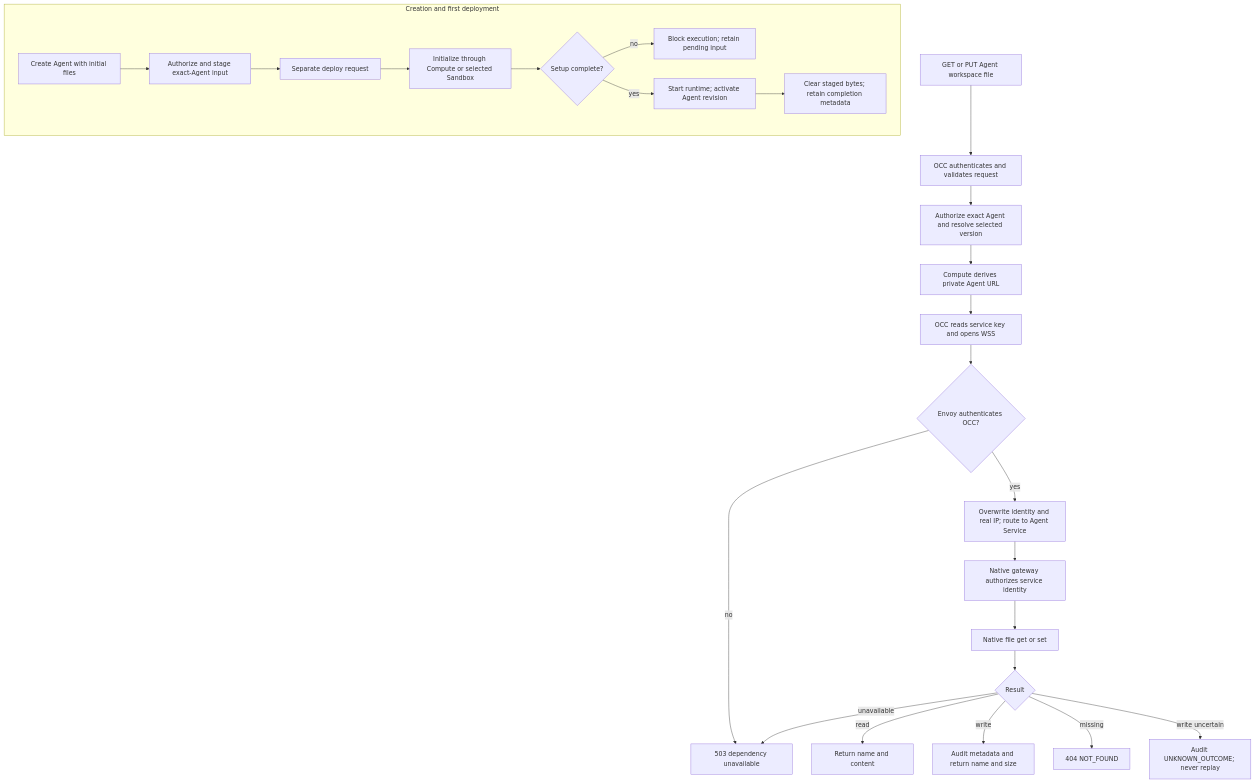
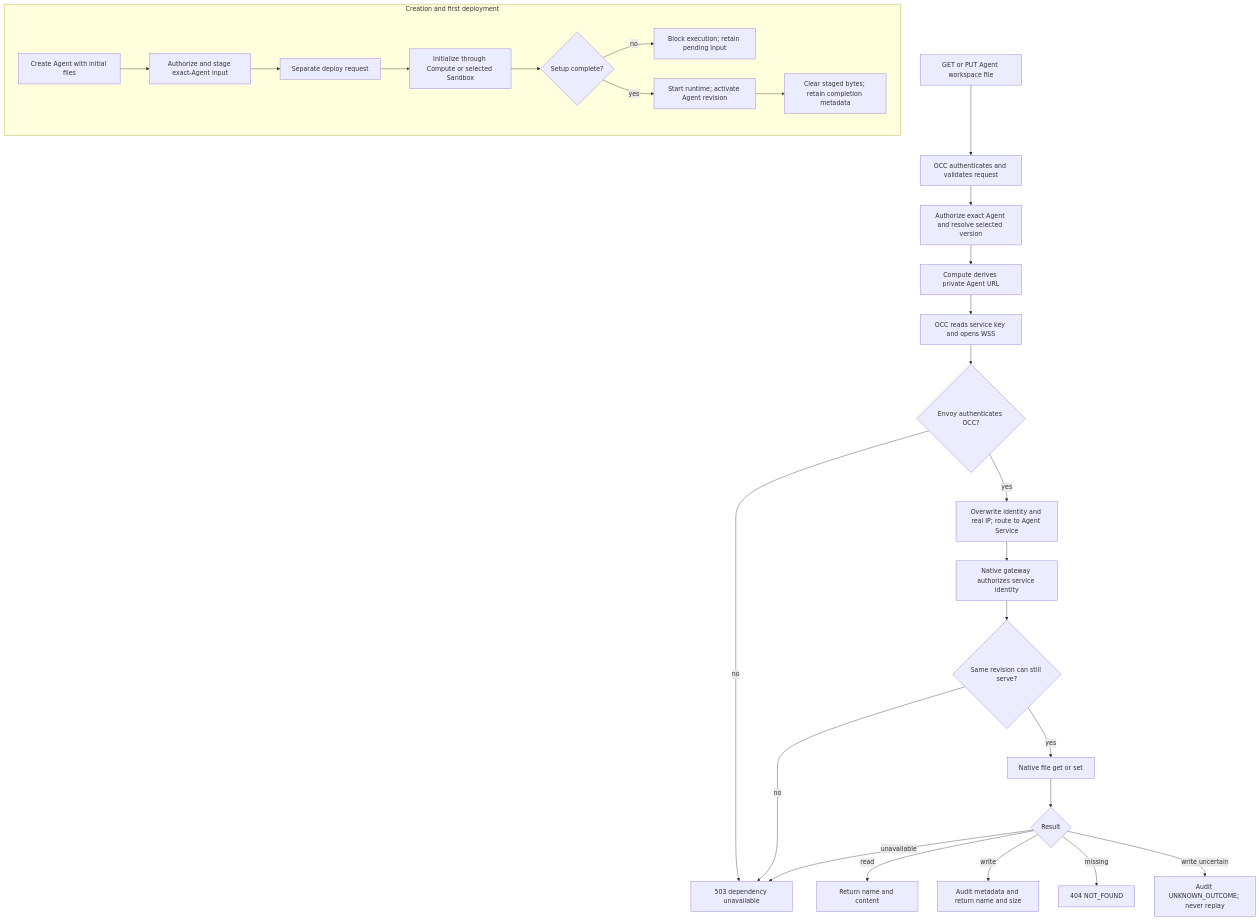
The diagram in docs/flows/workspace-files.md (openclaw/openclaw-enterprise), drawn with Mermaid before and after one commit. The commit also changed other lines of this file and 11 other files, not shown here.

````diff
--- a/docs/flows/workspace-files.md
+++ b/docs/flows/workspace-files.md
@@ -39,27 +39,29 @@
 ```mermaid
 graph TD
   subgraph Initial["Creation and first deployment"]
     S["Create Agent with initial files"] --> T["Authorize and stage exact-Agent input"]
     T --> U["Separate deploy request"]
     U --> V["Initialize through Compute or selected Sandbox"]
     V --> W{"Setup complete?"}
     W -->|no| X["Block execution; retain pending input"]
     W -->|yes| Y["Start runtime; activate Agent revision"]
     Y --> Z["Clear staged bytes; retain completion metadata"]
   end
   A["GET or PUT Agent workspace file"] --> B["OCC authenticates and validates request"]
   B --> C["Authorize exact Agent and resolve selected version"]
   C --> D["Compute derives private Agent URL"]
   D --> E["OCC reads service key and opens WSS"]
   E --> F{"Envoy authenticates OCC?"}
   F -->|no| G["503 dependency unavailable"]
   F -->|yes| H["Overwrite identity and real IP; route to Agent Service"]
   H --> I["Native gateway authorizes service identity"]
-  I --> J["Native file get or set"]
+  I --> R{"Same revision can still serve?"}
+  R -->|no| G
+  R -->|yes| J["Native file get or set"]
   J --> K{"Result"}
   K -->|read| L["Return name and content"]
   K -->|write| M["Audit metadata and return name and size"]
   K -->|missing| N["404 NOT_FOUND"]
   K -->|unavailable| G
   K -->|write uncertain| O["Audit UNKNOWN_OUTCOME; never replay"]
 ```
````
